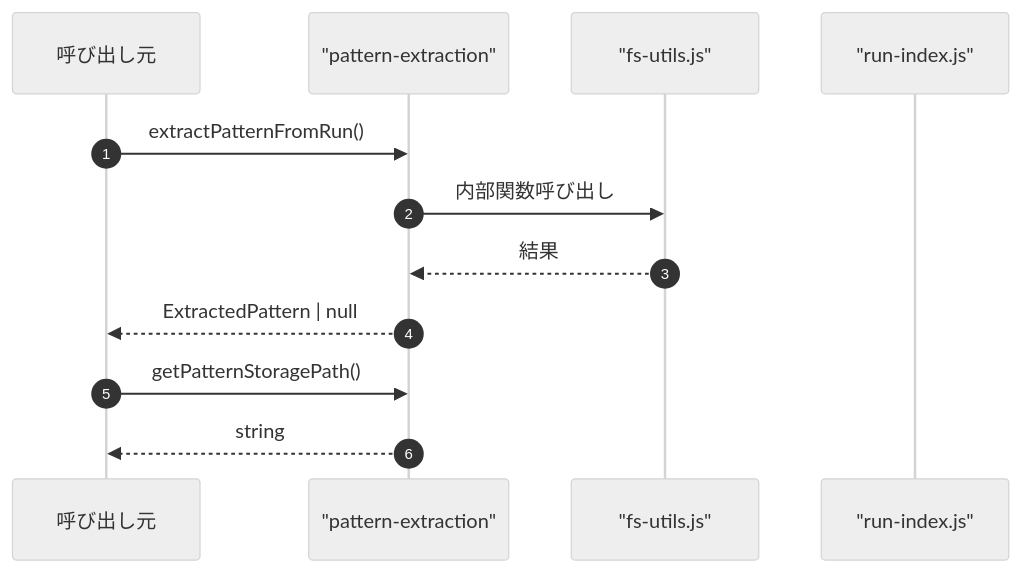
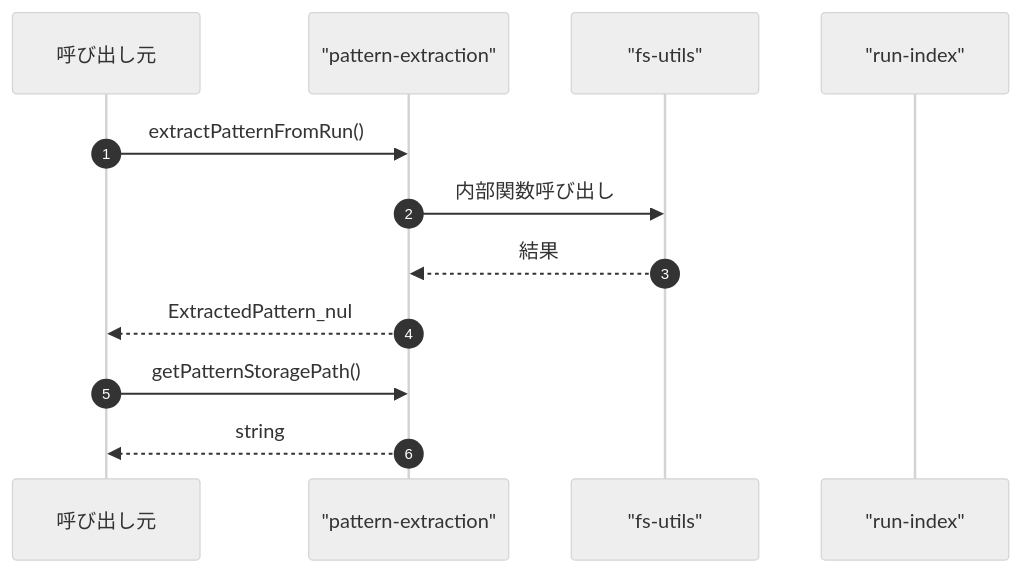
The fourth of 4 diagrams in ABDD/.pi/lib/pattern-extraction.md (Mekann2904/mekann), drawn with Mermaid (neutral theme) before and after one commit. The commit also changed other lines of this file and 174 other files, not shown here.

First line of the commit message:
fix(docs): ABDDのMermaid図生成エラーを修正する

````diff
--- a/ABDD/.pi/lib/pattern-extraction.md
+++ b/ABDD/.pi/lib/pattern-extraction.md
@@ -117,16 +117,16 @@
 ```mermaid
 sequenceDiagram
   autonumber
   participant Caller as 呼び出し元
   participant pattern_extraction as "pattern-extraction"
-  participant fs_utils_js as "fs-utils.js"
-  participant run_index_js as "run-index.js"
+  participant fs_utils as "fs-utils"
+  participant run_index as "run-index"
 
   Caller->>pattern_extraction: extractPatternFromRun()
-  pattern_extraction->>fs_utils_js: 内部関数呼び出し
-  fs_utils_js-->>pattern_extraction: 結果
-  pattern_extraction-->>Caller: ExtractedPattern | null
+  pattern_extraction->>fs_utils: 内部関数呼び出し
+  fs_utils-->>pattern_extraction: 結果
+  pattern_extraction-->>Caller: ExtractedPattern_nul
 
   Caller->>pattern_extraction: getPatternStoragePath()
   pattern_extraction-->>Caller: string
 ```
````
